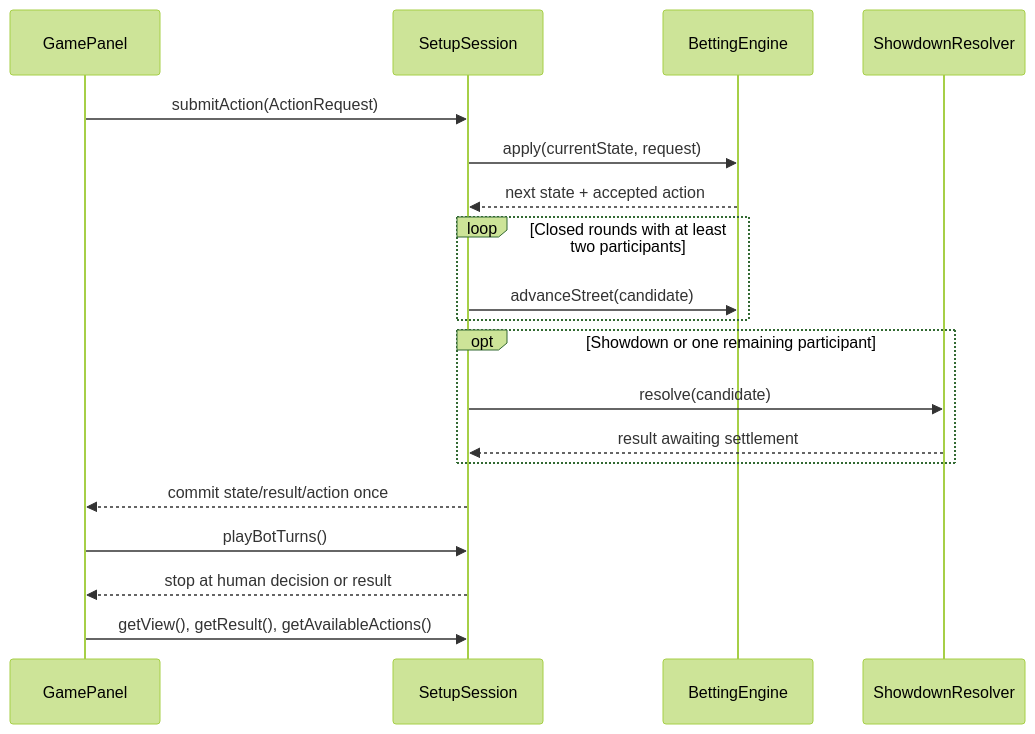
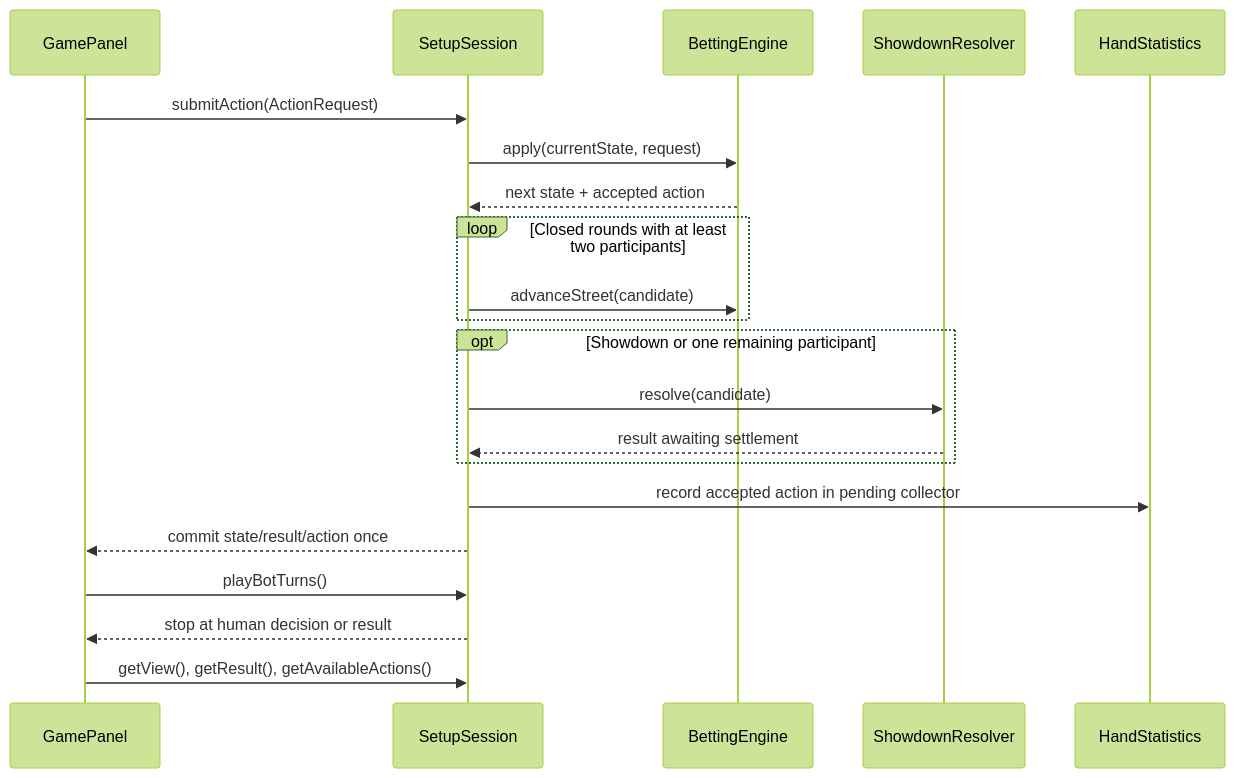
One commit to nu-cs-sqe/cs380-software-quality-engineering-20262701-course-project-group-16 changed the diagram in docs/design/played-hand.md. Above: the diagram before and after it, drawn with Mermaid (forest theme). The commit also changed other lines of this file and 9 other files, not shown here.

Commit message:
Connect accepted actions to pending statistics

````diff
--- a/docs/design/played-hand.md
+++ b/docs/design/played-hand.md
@@ -9,21 +9,23 @@
 ```mermaid
 sequenceDiagram
     participant UI as GamePanel
     participant Session as SetupSession
     participant Engine as BettingEngine
     participant Resolver as ShowdownResolver
+    participant Stats as HandStatistics
     UI->>Session: submitAction(ActionRequest)
     Session->>Engine: apply(currentState, request)
     Engine-->>Session: next state + accepted action
     loop Closed rounds with at least two participants
         Session->>Engine: advanceStreet(candidate)
     end
     opt Showdown or one remaining participant
         Session->>Resolver: resolve(candidate)
         Resolver-->>Session: result awaiting settlement
     end
+    Session->>Stats: record accepted action in pending collector
     Session-->>UI: commit state/result/action once
     UI->>Session: playBotTurns()
     Session-->>UI: stop at human decision or result
     UI->>Session: getView(), getResult(), getAvailableActions()
 ```
````
